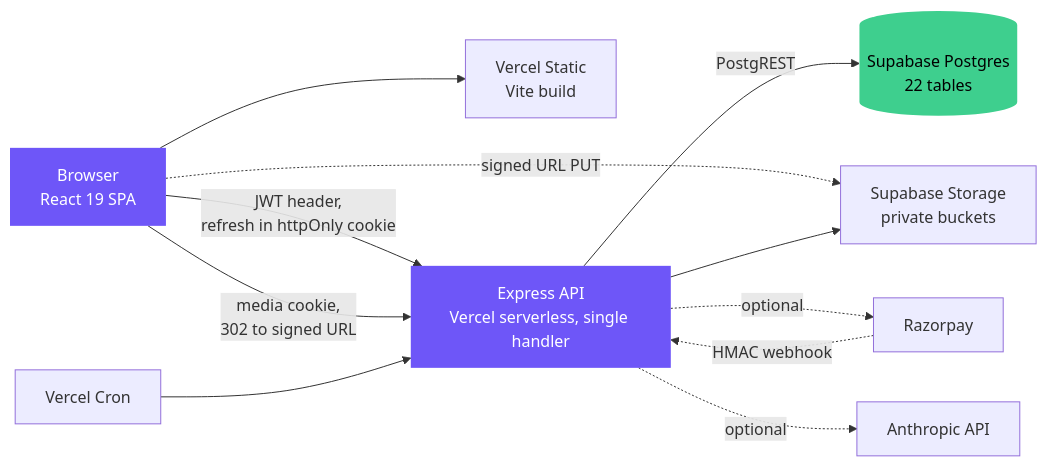
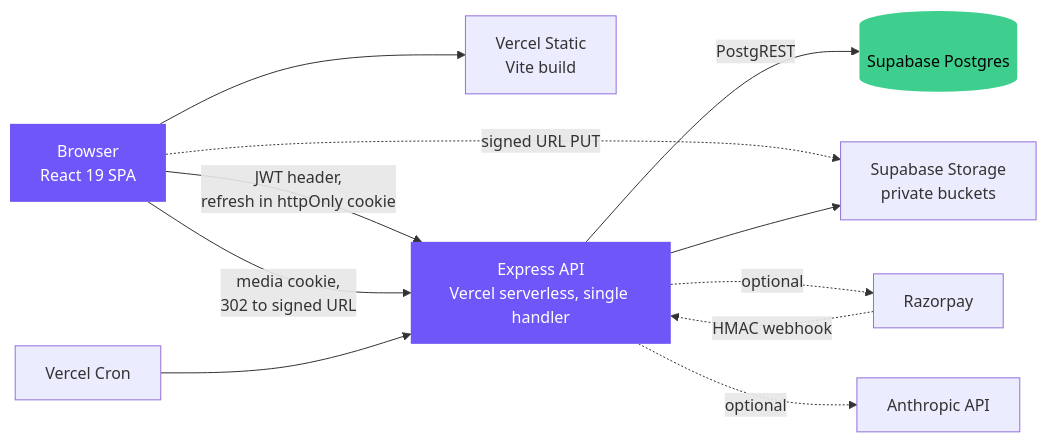
One commit to vikramyadav1404/nexora changed the diagram in README.md. Above: the diagram before and after it, drawn with Mermaid. The commit also changed other lines of this file, not shown here.

````diff
--- a/README.md
+++ b/README.md
@@ -11,26 +11,26 @@
 ```mermaid
 flowchart LR
     B["Browser<br/>React 19 SPA"]
     S["Vercel Static<br/>Vite build"]
     A["Express API<br/>Vercel serverless, single handler"]
-    PG[("Supabase Postgres<br/>22 tables")]
+    PG[("Supabase Postgres")]
     ST["Supabase Storage<br/>private buckets"]
     CR["Vercel Cron"]
     RZ["Razorpay"]
     AN["Anthropic API"]
 
     B --> S
     B -->|"JWT header,<br/>refresh in httpOnly cookie"| A
     B -->|"media cookie,<br/>302 to signed URL"| A
     B -.->|"signed URL PUT"| ST
     A -->|PostgREST| PG
     A --> ST
     A -.optional.-> RZ
     A -.optional.-> AN
     RZ -.->|"HMAC webhook"| A
     CR --> A
 
     style B fill:#6E56F8,color:#fff,stroke:none
     style A fill:#6E56F8,color:#fff,stroke:none
     style PG fill:#3ECF8E,color:#000,stroke:none
 ```
````
